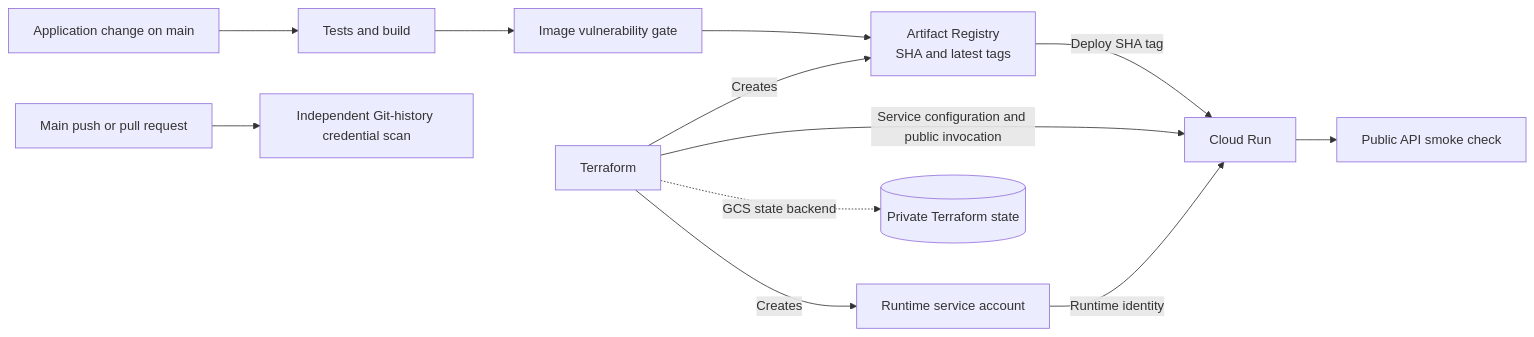
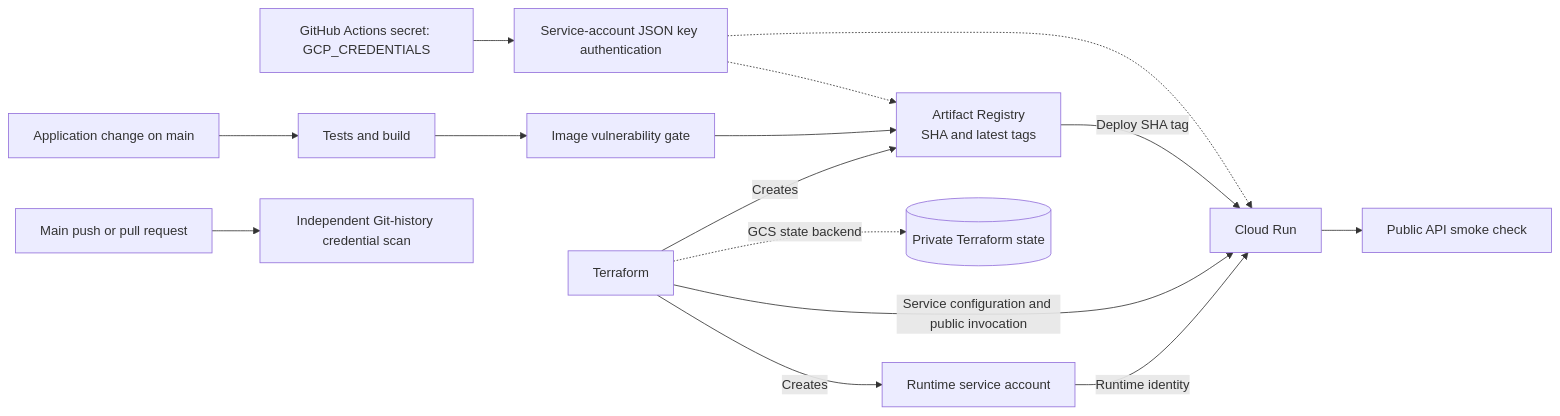
The second of 3 diagrams in docs/architecture-diagrams.md (jothep/story-filler), drawn with Mermaid before and after one commit. The commit also changed other lines of this file and 21 other files, not shown here.

````diff
--- a/docs/architecture-diagrams.md
+++ b/docs/architecture-diagrams.md
@@ -27,14 +27,17 @@
 ```mermaid
 flowchart LR
     Code[Application change on main] --> Checks[Tests and build]
+    Key[GitHub Actions secret: GCP_CREDENTIALS] --> Auth[Service-account JSON key authentication]
+    Auth -.-> Registry
+    Auth -.-> Run
     Checks --> Scan[Image vulnerability gate]
     Scan --> Registry[Artifact Registry<br/>SHA and latest tags]
     Registry -->|Deploy SHA tag| Run[Cloud Run]
     Run --> Smoke[Public API smoke check]
     Git[Main push or pull request] --> SecretsScan[Independent Git-history credential scan]
     TF[Terraform] -->|Service configuration and public invocation| Run
     TF -->|Creates| Registry
     TF -->|Creates| Identity[Runtime service account]
     Identity -->|Runtime identity| Run
     TF -.->|GCS state backend| State[(Private Terraform state)]
 ```
````
